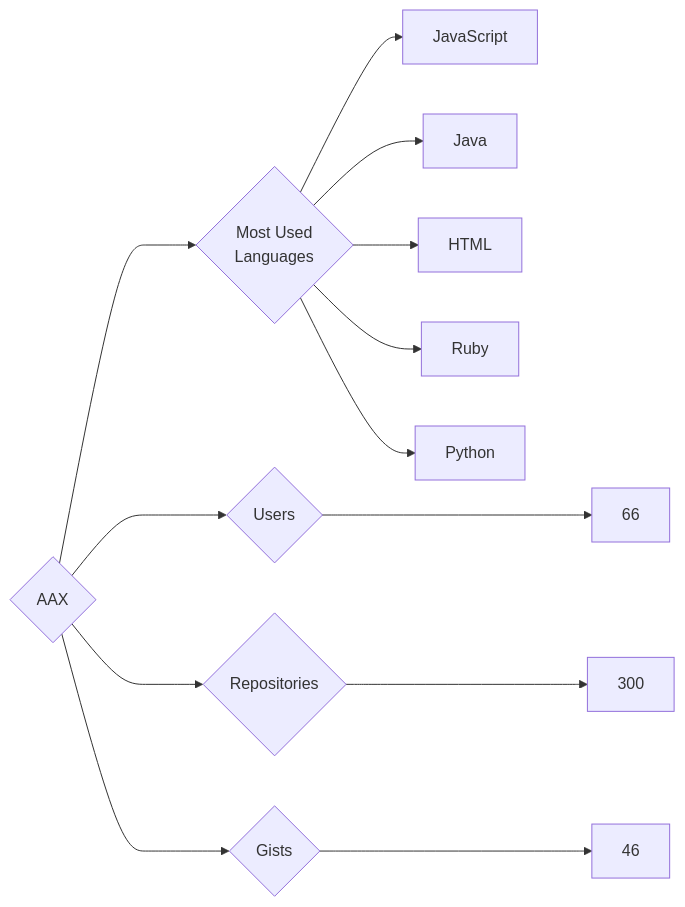
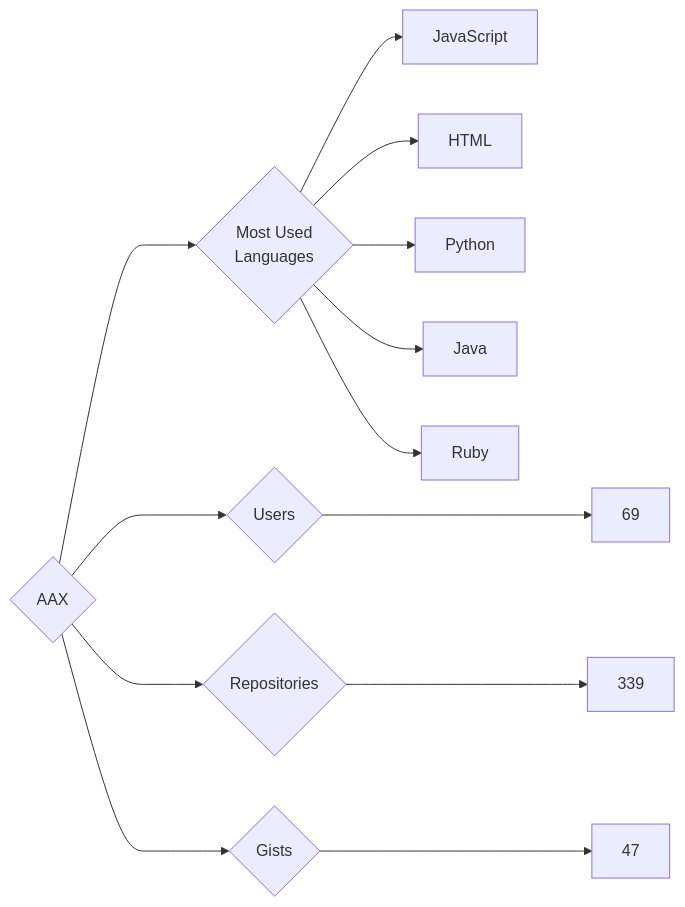
The diagram in targets/AAX/README.md (trickest/insiders), drawn with Mermaid before and after one commit. The commit also changed 873 other files, not shown here.

````diff
--- a/targets/AAX/README.md
+++ b/targets/AAX/README.md
@@ -3,13 +3,13 @@
 ```mermaid
 graph LR
 COMPANY_NAME{AAX}
-COMPANY_NAME ---> U{Users} ---> UN[66]
-COMPANY_NAME ---> R{Repositories} ---> RN[300]
-COMPANY_NAME ---> G{Gists} ---> GN[46]
+COMPANY_NAME ---> U{Users} ---> UN[69]
+COMPANY_NAME ---> R{Repositories} ---> RN[339]
+COMPANY_NAME ---> G{Gists} ---> GN[47]
 COMPANY_NAME ---> ML{Most Used<br>Languages}
 ML --> JavaScript[JavaScript]
+ML --> HTML[HTML]
+ML --> Python[Python]
 ML --> Java[Java]
-ML --> HTML[HTML]
 ML --> Ruby[Ruby]
-ML --> Python[Python]
 ```
````
